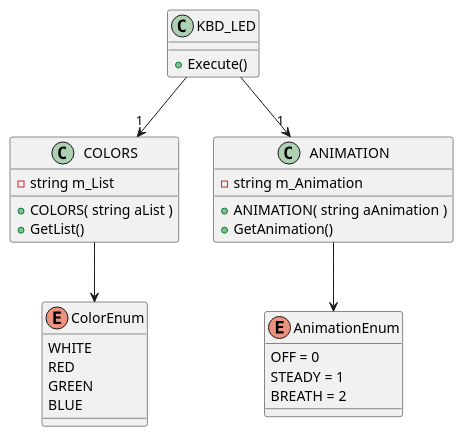
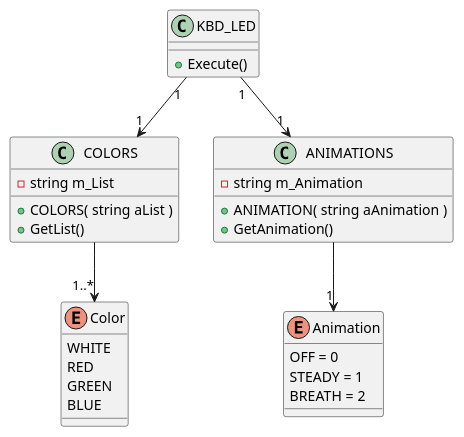
The diagram in docs/diagrams/src/class_diag.wsd (lulu731/keybd_led), drawn with PlantUML before and after one commit.

Commit message:
doc [uml]: update class diagram

```diff
--- a/docs/diagrams/src/class_diag.wsd
+++ b/docs/diagrams/src/class_diag.wsd
@@ -1,42 +1,42 @@
 @startuml classes
     class KBD_LED
     {
         +Execute()
     }
 
-    enum ColorEnum
+    enum Color
     {
         WHITE
         RED
         GREEN
         BLUE
     }
 
     class COLORS
     {
         {field} -string m_List
         +COLORS( string aList )
         +GetList()
     }
 
-    COLORS --> ColorEnum
+    COLORS --> "1..*" Color
 
 
-    class ANIMATION
+    class ANIMATIONS
     {
         {field} -string m_Animation
         +ANIMATION( string aAnimation )
         +GetAnimation()
     }
 
-    enum AnimationEnum
+    enum Animation
     {
         OFF = 0
         STEADY = 1
         BREATH = 2
     }
 
-    KBD_LED --> "1" COLORS
-    KBD_LED --> "1" ANIMATION
-    ANIMATION --> AnimationEnum
+    KBD_LED "1" --> "1" COLORS
+    KBD_LED "1" --> "1" ANIMATIONS
+    ANIMATIONS --> "1" Animation
 @enduml
```
